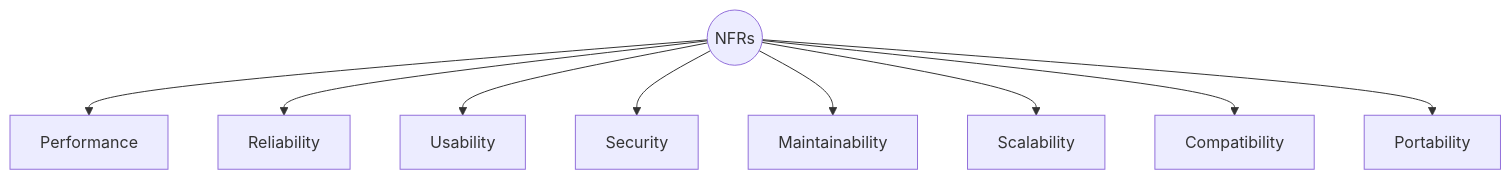
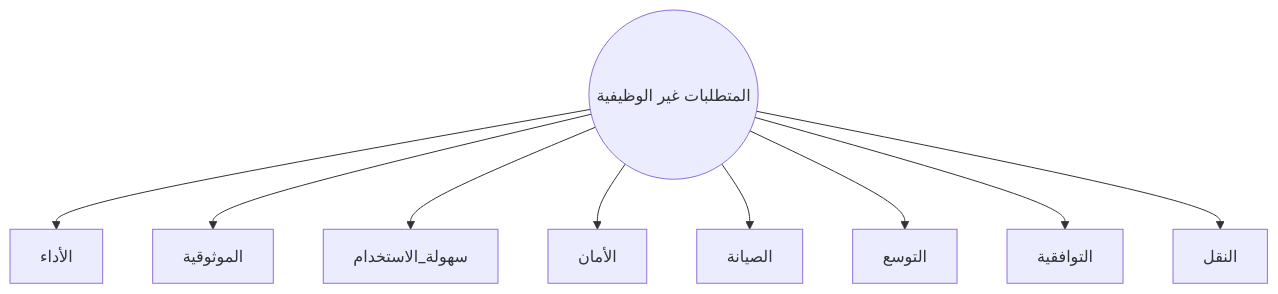
The first of 3 diagrams in docs/10-nfr-and-quality/10-nfr-and-quality.md (Ash69g/Documentation-Study), drawn with Mermaid before and after one commit. The commit also changed other lines of this file and 15 other files, not shown here.

````diff
--- a/docs/10-nfr-and-quality/10-nfr-and-quality.md
+++ b/docs/10-nfr-and-quality/10-nfr-and-quality.md
@@ -23,12 +44,12 @@
 ```mermaid
 graph TD
-  NFRs((NFRs))
-  NFRs --> Performance
-  NFRs --> Reliability
-  NFRs --> Usability
-  NFRs --> Security
-  NFRs --> Maintainability
-  NFRs --> Scalability
-  NFRs --> Compatibility
-  NFRs --> Portability
+  NFRs((المتطلبات غير الوظيفية))
+  NFRs --> الأداء
+  NFRs --> الموثوقية
+  NFRs --> سهولة_الاستخدام
+  NFRs --> الأمان
+  NFRs --> الصيانة
+  NFRs --> التوسع
+  NFRs --> التوافقية
+  NFRs --> النقل
 ```
````
